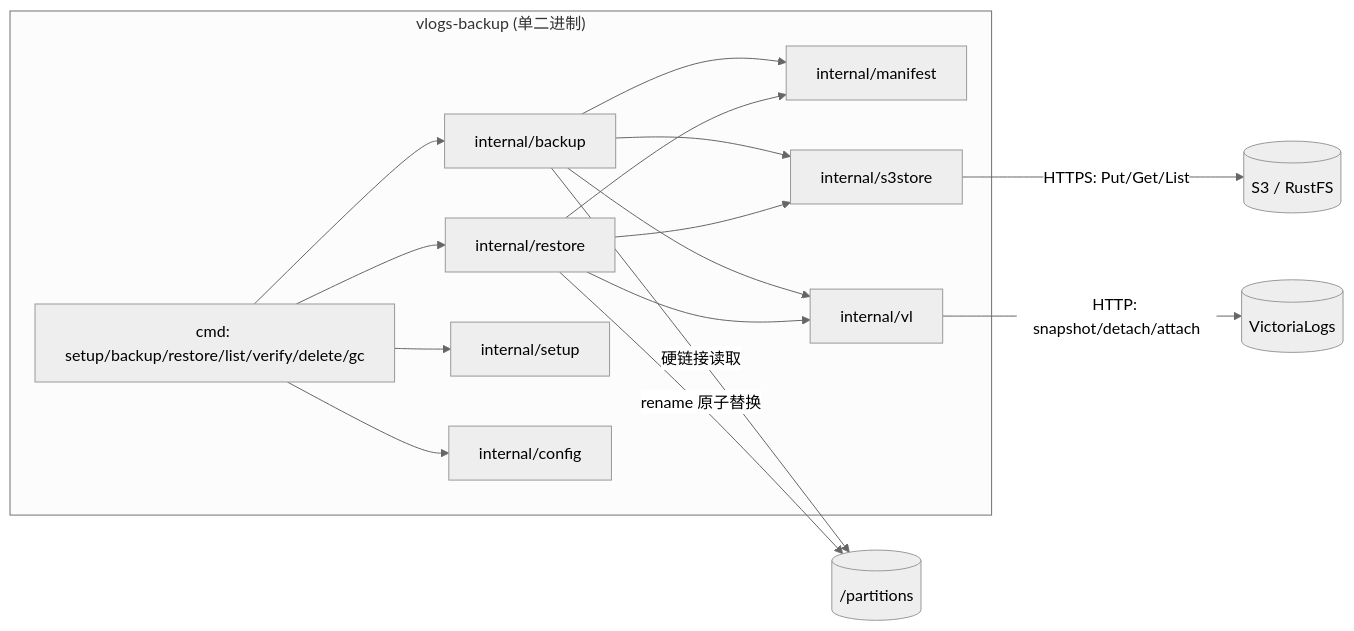
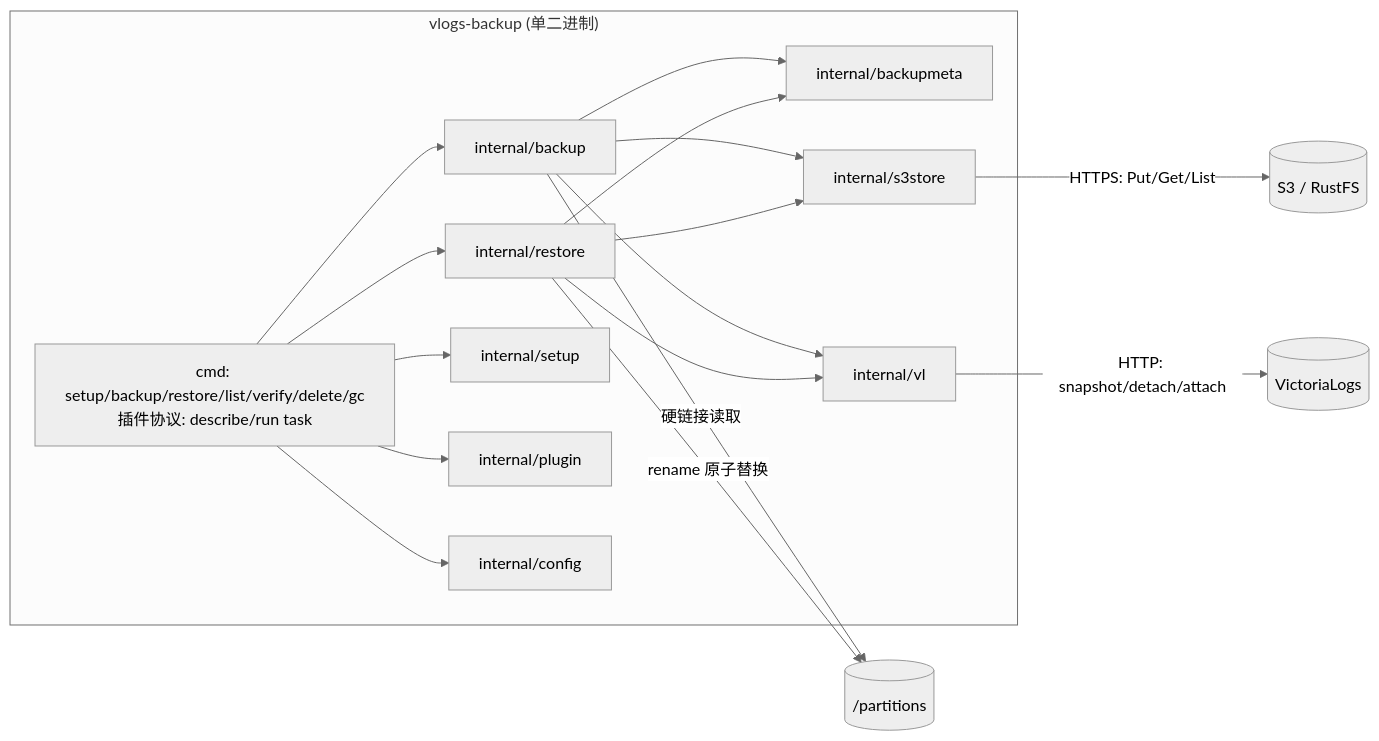
One commit to LMYSCX9/VictoriaLogs-bakup-s3 changed the first of 5 diagrams in docs/design/victorialogs-s3-backup-design.md. Above: the diagram before and after it, drawn with Mermaid (neutral theme). The commit also changed other lines of this file and 27 other files, not shown here.

````diff
--- a/docs/design/victorialogs-s3-backup-design.md
+++ b/docs/design/victorialogs-s3-backup-design.md
@@ -59,27 +59,29 @@
 ```mermaid
 flowchart LR
     subgraph CLI["vlogs-backup (单二进制)"]
-        CMD[cmd: setup/backup/restore/list/verify/delete/gc]
+        CMD[cmd: setup/backup/restore/list/verify/delete/gc<br/>插件协议: describe/run task]
         BK[internal/backup]
         RS[internal/restore]
         SU[internal/setup]
-        MF[internal/manifest]
+        MF[internal/backupmeta]
+        PL[internal/plugin]
         ST[internal/s3store]
         VL[internal/vl]
         CFG[internal/config]
         CMD --> SU
         CMD --> BK
         CMD --> RS
         BK --> MF
         RS --> MF
         BK --> ST
         RS --> ST
         BK --> VL
         RS --> VL
         CMD --> CFG
+        CMD --> PL
     end
     VL -->|HTTP: snapshot/detach/attach| VLS[(VictoriaLogs)]
     ST -->|HTTPS: Put/Get/List| S3[(S3 / RustFS)]
     BK -->|硬链接读取| FS[("<storageDataPath>/partitions")]
     RS -->|rename 原子替换| FS
 ```
````
